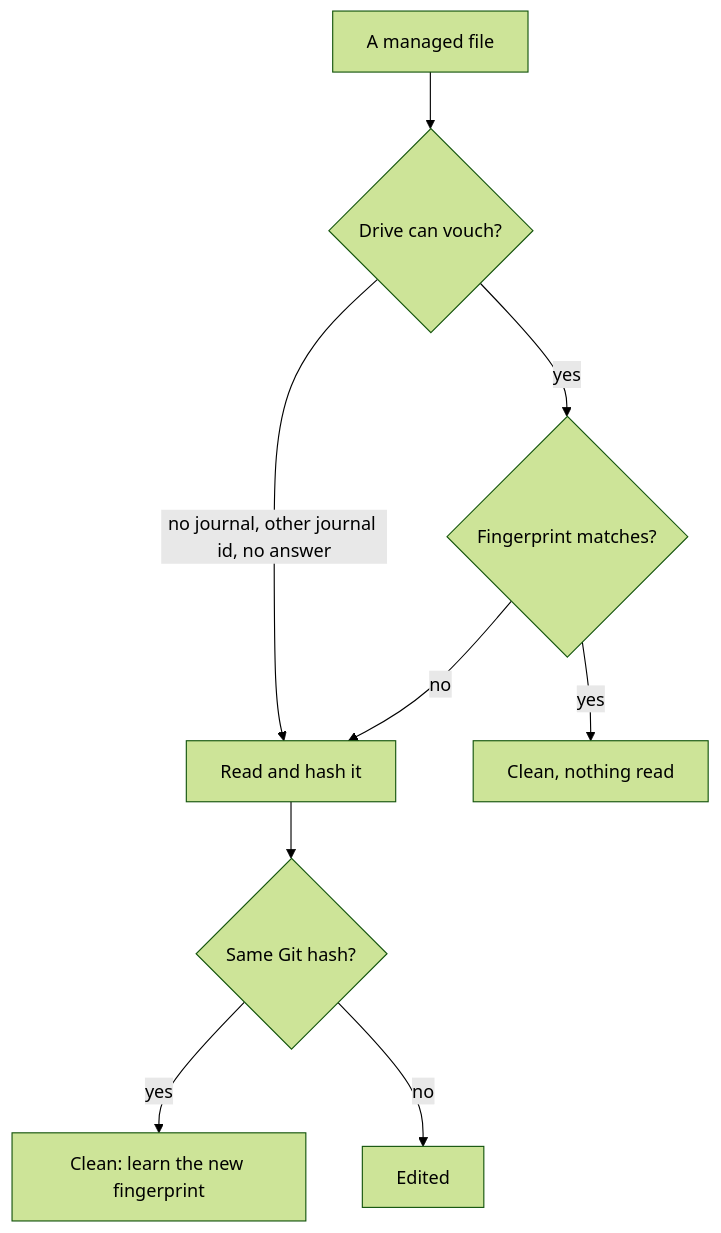
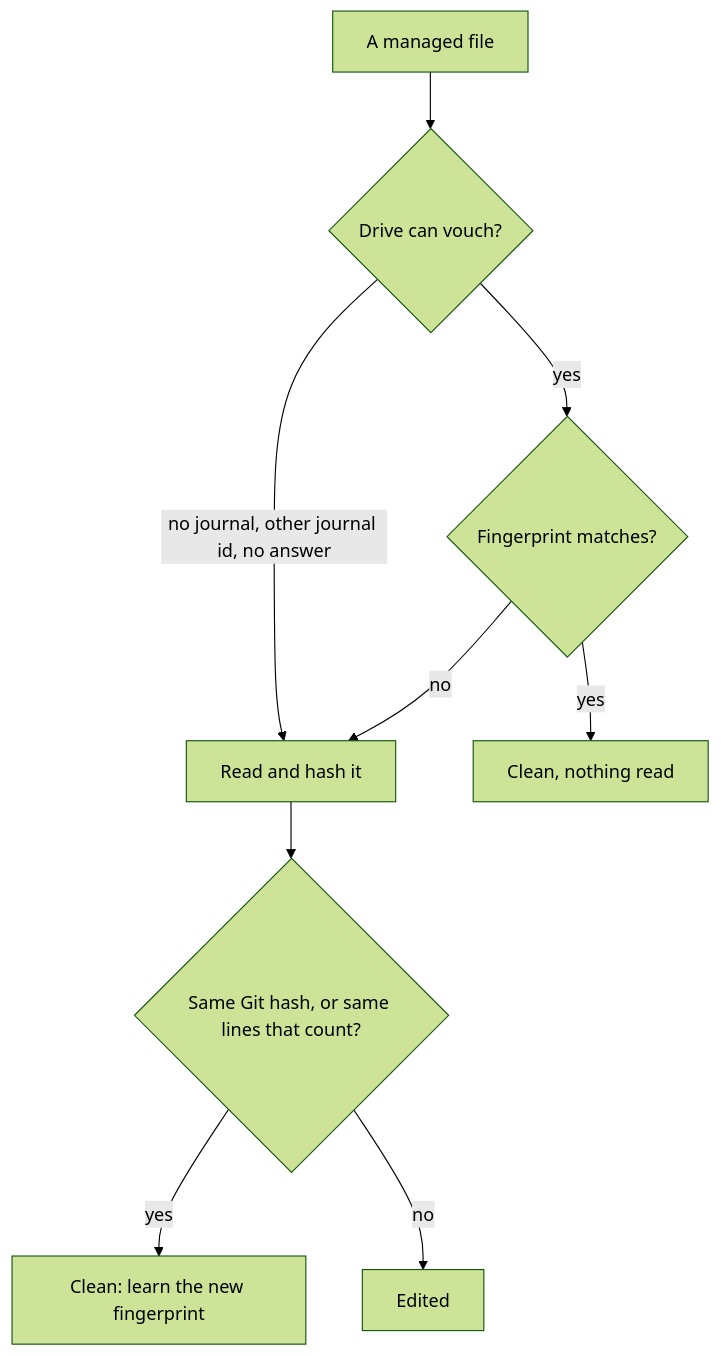
Before and after one commit to AngelosP/tiny-skill-sync: the fifth of 6 diagrams in ARCHITECTURE.md, drawn with Mermaid (forest theme). The commit also changed other lines of this file and 21 other files, not shown here.

````diff
--- a/ARCHITECTURE.md
+++ b/ARCHITECTURE.md
@@ -194,11 +203,11 @@
 ```mermaid
 flowchart TD
     Start[A managed file] --> Can{Drive can vouch?}
     Can -->|no journal, other journal id, no answer| Hash[Read and hash it]
     Can -->|yes| Same{Fingerprint matches?}
     Same -->|yes| Clean[Clean, nothing read]
     Same -->|no| Hash
-    Hash --> Cmp{Same Git hash?}
+    Hash --> Cmp{Same Git hash, or same lines that count?}
     Cmp -->|yes| Learn[Clean: learn the new fingerprint]
     Cmp -->|no| Edited[Edited]
 ```
````
